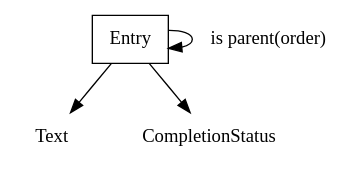
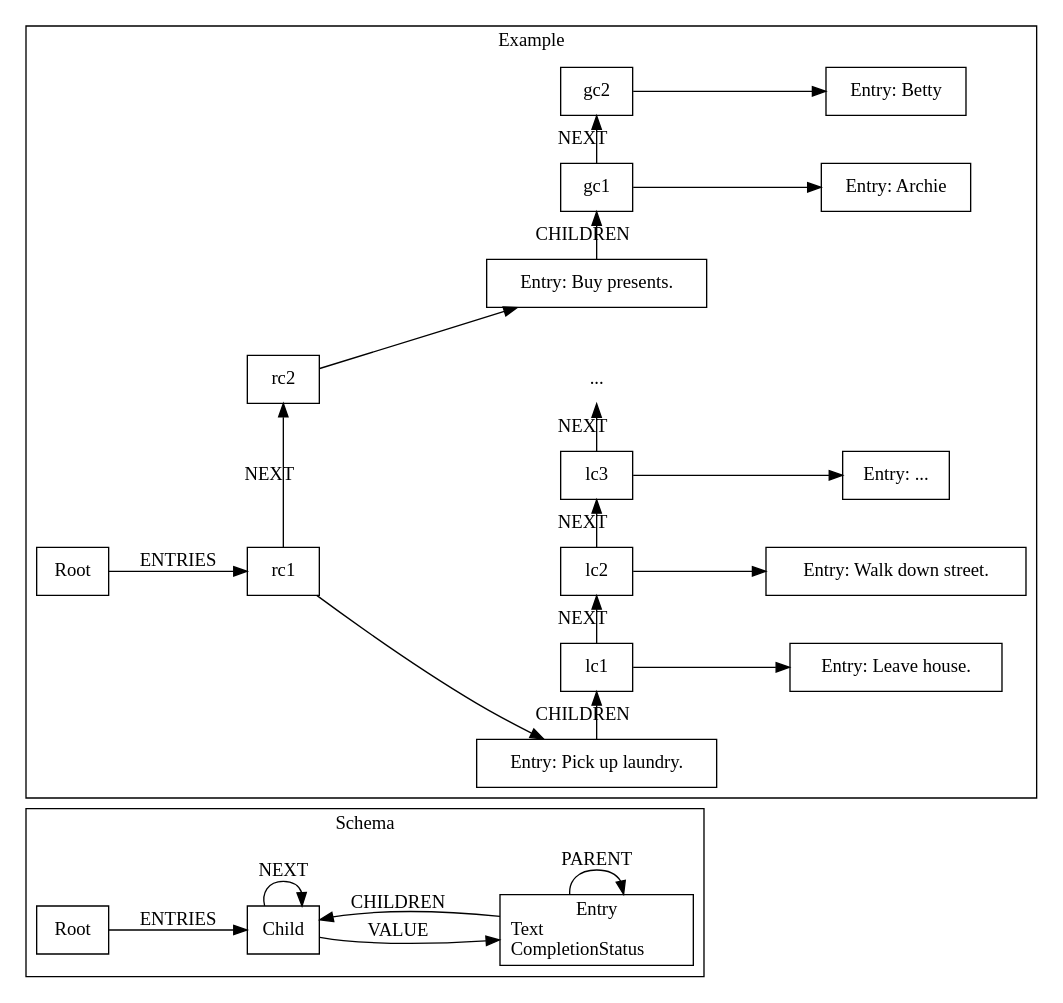
Before and after one commit to CheshireSwift/organising-swiftly: the diagram in docs/schema.dot, drawn with Graphviz. The commit also changed 3 other files, not shown here.

```diff
--- a/docs/schema.dot
+++ b/docs/schema.dot
@@ -1,21 +1,82 @@
-digraph Schema {
-    node [shape=box];
-    Entry;
+digraph DataModel {
+  rankdir=LR
+  subgraph cluster_schema {
+    label="Schema"
+    node [shape=record]
+
+    Root
+    Entry [label="Entry\nText\lCompletionStatus\l"]
+    Child
+
+    Root -> Child [label="ENTRIES"]
+    Entry -> Entry [label="PARENT"]
+    Entry -> Child [label="CHILDREN"]
+    Child -> Entry [label="VALUE"]
+    Child -> Child [label="NEXT"]
+
     //User;
     //Tag;
 
-    Entry -> Entry [label="is parent(order)"];
     //User -> Entry [label="is owner"];
     //Entry -> Tag [label="is tagged with"];
 
-    node [shape=plaintext];
-    Entry -> Text;
-    Entry -> CompletionStatus;
 
     //User -> Username;
     //User -> Salt;
     //User -> Hash;
 
     //Tag -> Name;
     //Tag -> Colour;
+  }
+
+  subgraph cluster_example {
+    label="Example"
+    node [shape=rectangle]
+
+    r [label="Root"]
+    r -> rc1 [label="ENTRIES"]
+    rc1 -> rc2 [label="NEXT"]
+    rc1 -> laundry //[label="VALUE"]
+    rc2 -> gifts //[label="VALUE"]
+
+    laundry [label="Entry: Pick up laundry."]
+
+    laundry -> lc1 [label="CHILDREN"]
+    letc [label="...",shape=plaintext]
+
+    lc1 -> lc2 -> lc3 -> letc [label="NEXT"]
+
+    laundry1 [label="Entry: Leave house."]
+    laundry2 [label="Entry: Walk down street."]
+    laundry3 [label="Entry: ..."]
+
+    lc1 -> laundry1 //[label="VALUE"]
+    lc2 -> laundry2 //[label="VALUE"]
+    lc3 -> laundry3 //[label="VALUE"]
+
+    { rank=same; laundry1, laundry2, laundry3 }
+
+    gifts [label="Entry: Buy presents."]
+    
+    node [group="gifts"]
+    gifts -> gc1 [label="CHILDREN"]
+    gc1 -> gc2 [label="NEXT"]
+
+    node [group="giftValues"]
+    gifts1 [label="Entry: Archie"]
+    gifts2 [label="Entry: Betty"]
+
+    gc1 -> gifts1 //[label="VALUE"]
+    gc2 -> gifts2 //[label="VALUE"]
+
+    { rank=same; gifts1, gifts2 }
+
+    { rank=same; rc1, rc2 }
+    { rank=same; laundry, gifts, lc1, lc2, lc3, letc, gc1, gc2 }
+    
+    letc -> gifts [style=invis]
+
+    //{ laundry1:e, laundry2:e, laundry3:e } -> laundry:e [constraint=false]
+    //{ gifts1, gifts2 } -> gifts [constraint=false]
+  }
 }
```
